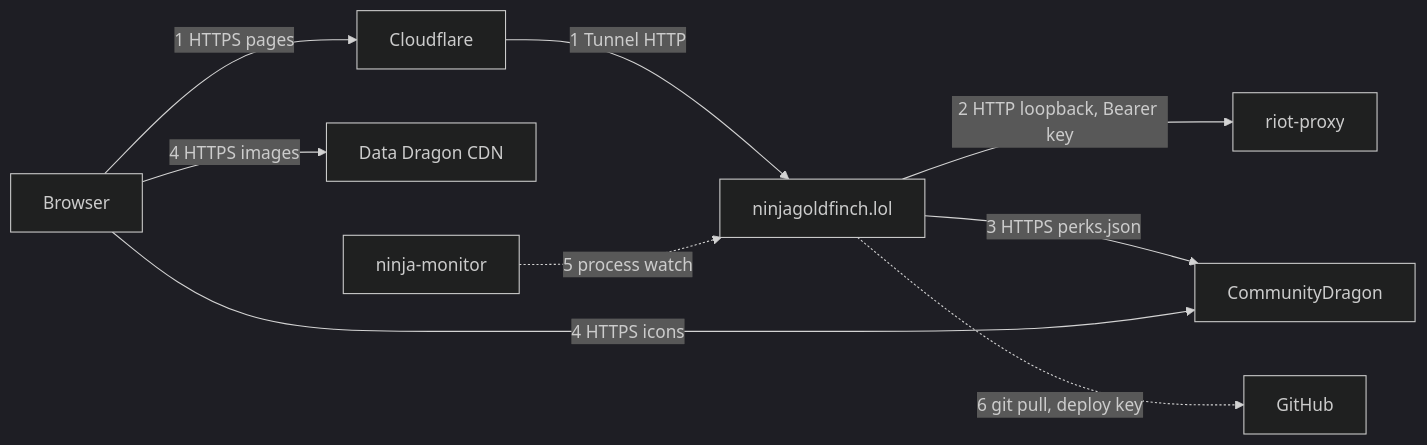
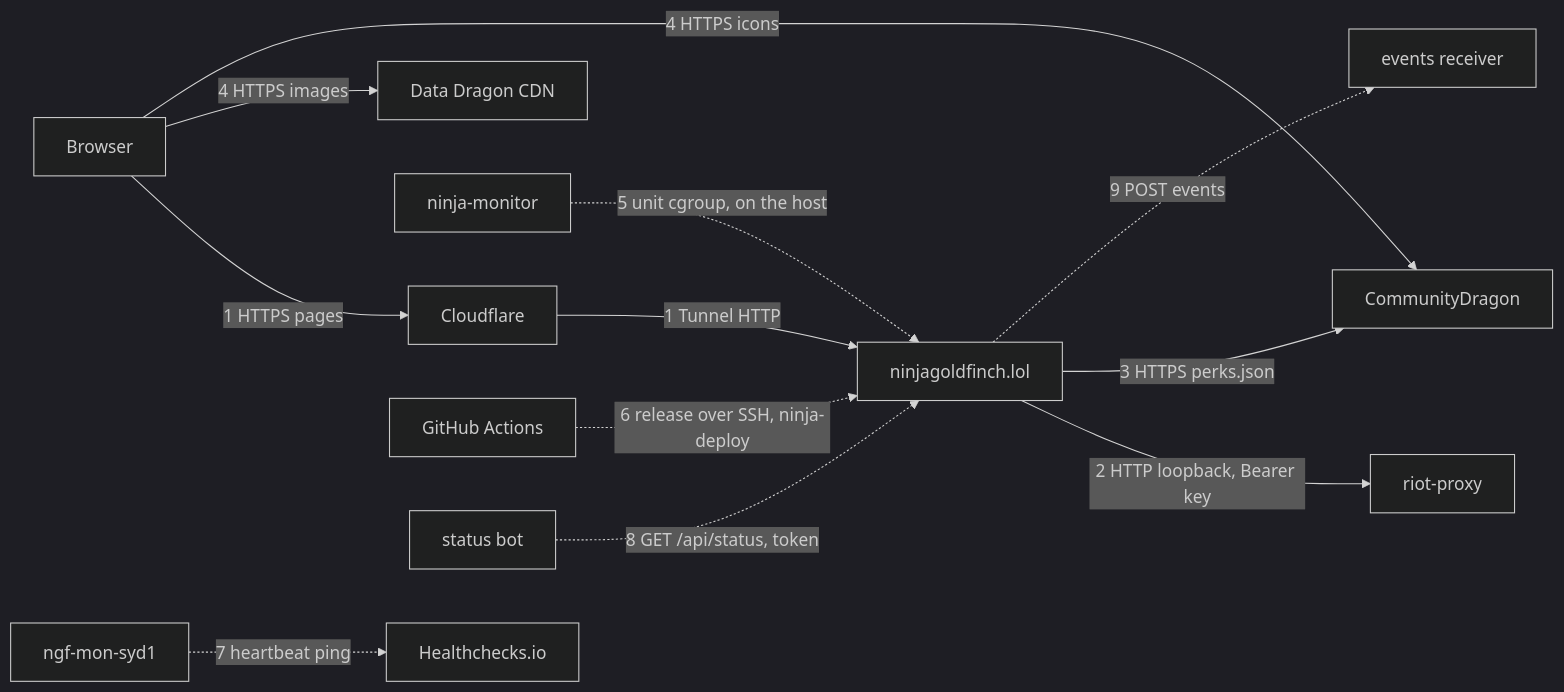
The first of 4 diagrams in docs/integration/service-communication.md (NinjaGoldfinch/ninjagoldfinch-lol), drawn with Mermaid (dark theme) before and after one commit. The commit also changed other lines of this file and 13 other files, not shown here.

First line of the commit message:
docs(monitoring): state only the heartbeat to Healthchecks.io as known (#145)

````diff
--- a/docs/integration/service-communication.md
+++ b/docs/integration/service-communication.md
@@ -9,20 +9,27 @@
 ```mermaid
 flowchart LR
   Browser[Browser]
   Cloudflare[Cloudflare]
   Site[ninjagoldfinch.lol]
   Proxy[riot-proxy]
   CDragon[CommunityDragon]
   DDragon[Data Dragon CDN]
   Monitor[ninja-monitor]
-  GitHub[GitHub]
+  MonHost[ngf-mon-syd1]
+  HC[Healthchecks.io]
+  GitHub[GitHub Actions]
+  Bot[status bot]
+  Receiver[events receiver]
 
   Browser -->|1 HTTPS pages| Cloudflare
   Cloudflare -->|1 Tunnel HTTP| Site
   Site -->|2 HTTP loopback, Bearer key| Proxy
   Site -->|3 HTTPS perks.json| CDragon
   Browser -->|4 HTTPS images| DDragon
   Browser -->|4 HTTPS icons| CDragon
-  Monitor -.->|5 process watch| Site
-  Site -.->|6 git pull, deploy key| GitHub
+  Monitor -.->|5 unit cgroup, on the host| Site
+  GitHub -.->|6 release over SSH, ninja-deploy| Site
+  MonHost -.->|7 heartbeat ping| HC
+  Bot -.->|8 GET /api/status, token| Site
+  Site -.->|9 POST events| Receiver
 ```
````
